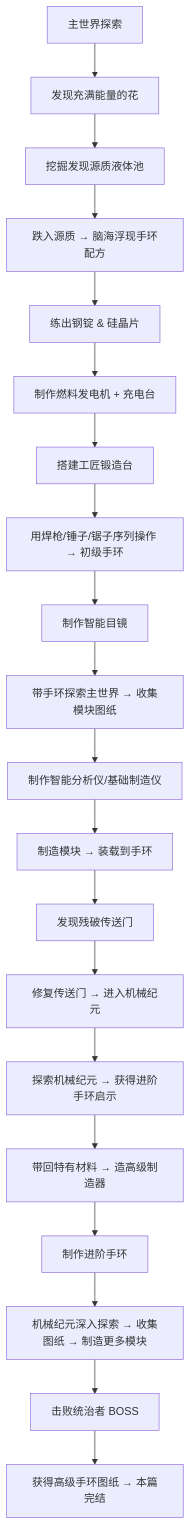
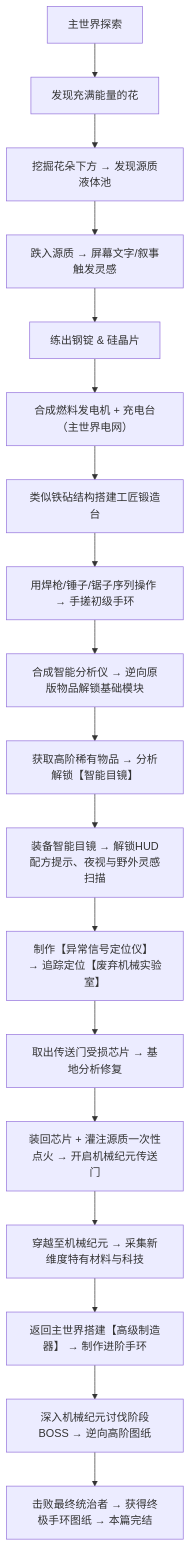
The diagram in docs/mechanized_development_plan.md (Rovitas/Mechanized), drawn with Mermaid before and after one commit. The commit also changed other lines of this file, not shown here.

````diff
--- a/docs/mechanized_development_plan.md
+++ b/docs/mechanized_development_plan.md
@@ -59,22 +59,20 @@
 ```mermaid
 flowchart TD
     A["主世界探索"] --> B["发现充满能量的花"]
-    B --> C["挖掘发现源质液体池"]
-    C --> D["跌入源质 → 脑海浮现手环配方"]
+    B --> C["挖掘花朵下方 → 发现源质液体池"]
+    C --> D["跌入源质 → 屏幕文字/叙事触发灵感"]
     D --> E["练出钢锭 & 硅晶片"]
-    E --> E2["制作燃料发电机 + 充电台"]
-    E2 --> F["搭建工匠锻造台"]
-    F --> G["用焊枪/锤子/锯子序列操作 → 初级手环"]
-    G --> H["制作智能目镜"]
-    H --> I["带手环探索主世界 → 收集模块图纸"]
-    I --> J["制作智能分析仪/基础制造仪"]
-    J --> K["制造模块 → 装载到手环"]
-    K --> L["发现残破传送门"]
-    L --> M["修复传送门 → 进入机械纪元"]
-    M --> N["探索机械纪元 → 获得进阶手环启示"]
-    N --> O["带回特有材料 → 造高级制造器"]
-    O --> P["制作进阶手环"]
-    P --> Q["机械纪元深入探索 → 收集图纸 → 制造更多模块"]
-    Q --> R["击败统治者 BOSS"]
-    R --> S["获得高级手环图纸 → 本篇完结"]
+    E --> E2["合成燃料发电机 + 充电台（主世界电网）"]
+    E2 --> F["类似铁砧结构搭建工匠锻造台"]
+    F --> G["用焊枪/锤子/锯子序列操作 → 手搓初级手环"]
+    G --> H["合成智能分析仪 → 逆向原版物品解锁基础模块"]
+    H --> I["获取高阶稀有物品 → 分析解锁【智能目镜】"]
+    I --> J["装备智能目镜 → 解锁HUD配方提示、夜视与野外灵感扫描"]
+    J --> K["制作【异常信号定位仪】 → 追踪定位【废弃机械实验室】"]
+    K --> L["取出传送门受损芯片 → 基地分析修复"]
+    L --> M["装回芯片 + 灌注源质一次性点火 → 开启机械纪元传送门"]
+    M --> N["穿越至机械纪元 → 采集新维度特有材料与科技"]
+    N --> O["返回主世界搭建【高级制造器】 → 制作进阶手环"]
+    O --> P["深入机械纪元讨伐阶段BOSS → 逆向高阶图纸"]
+    P --> Q["击败最终统治者 → 获得终极手环图纸 → 本篇完结"]
 ```
````
